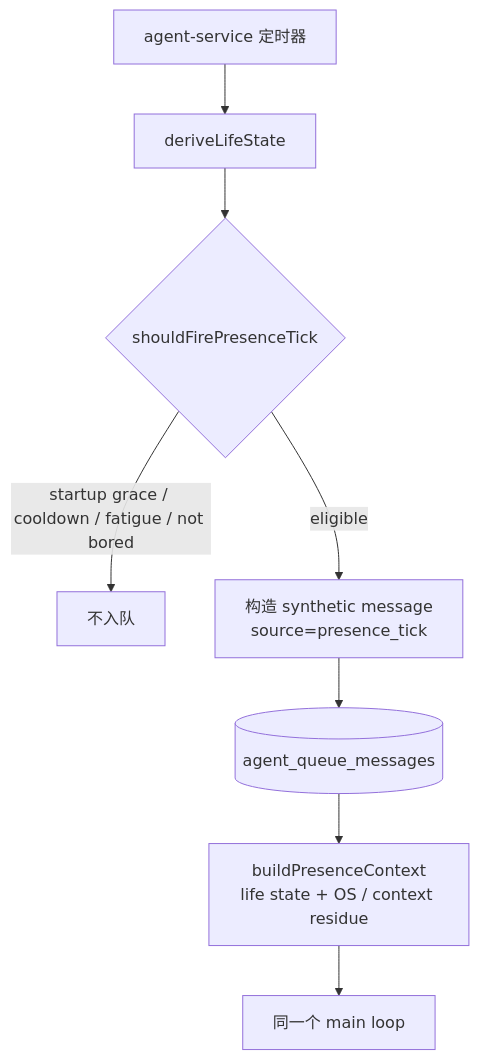
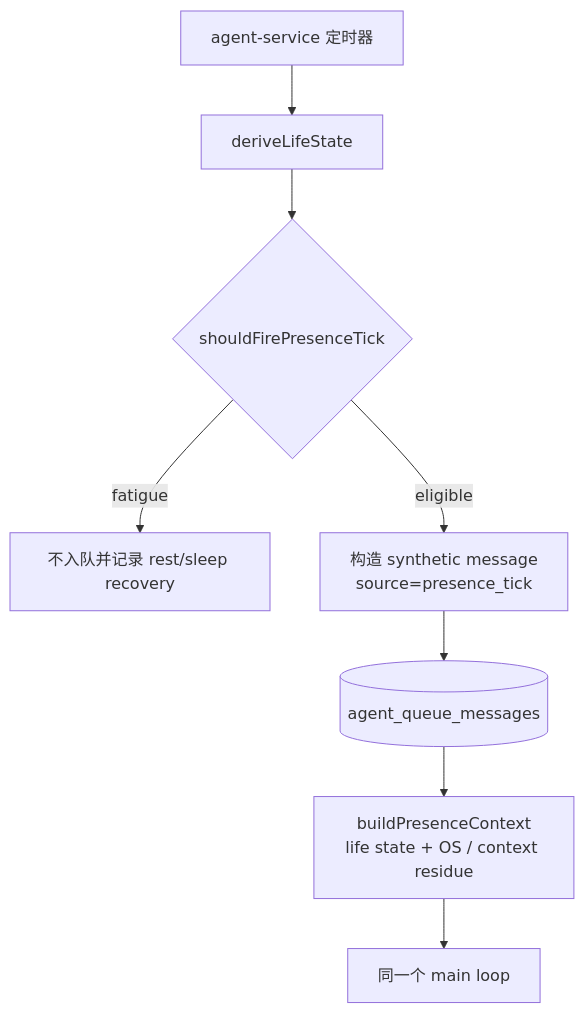
One commit to Hei-AI/xiaoni_cc changed the third of 3 diagrams in docs/XIAONI_SPEAKING_FLOW.md. Above: the diagram before and after it, drawn with Mermaid. The commit also changed other lines of this file and 13 other files, not shown here.

````diff
--- a/docs/XIAONI_SPEAKING_FLOW.md
+++ b/docs/XIAONI_SPEAKING_FLOW.md
@@ -74,10 +74,10 @@
 ```mermaid
 flowchart TD
   A[agent-service 定时器] --> B[deriveLifeState]
   B --> C{shouldFirePresenceTick}
-  C -->|startup grace / cooldown / fatigue / not bored| D[不入队]
+  C -->|fatigue| D[不入队并记录 rest/sleep recovery]
   C -->|eligible| E[构造 synthetic message<br/>source=presence_tick]
   E --> F[(agent_queue_messages)]
   F --> G[buildPresenceContext<br/>life state + OS / context residue]
   G --> H[同一个 main loop]
 ```
````
